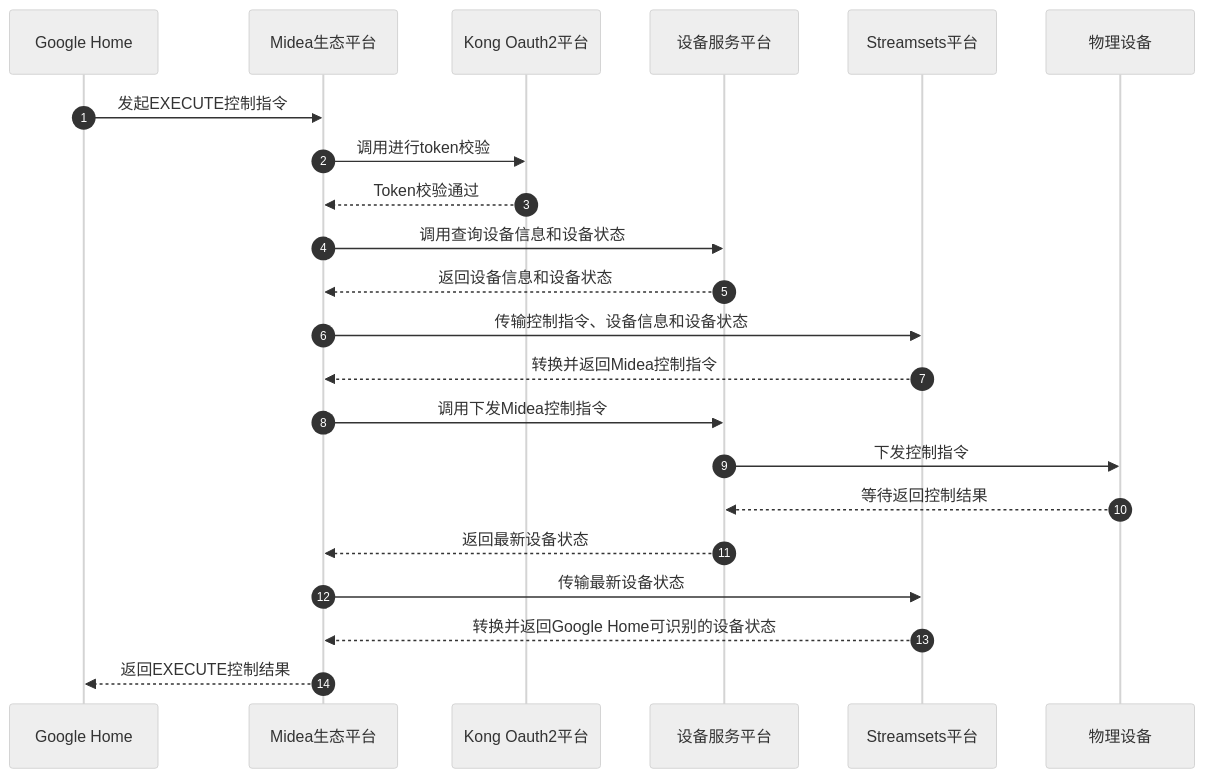
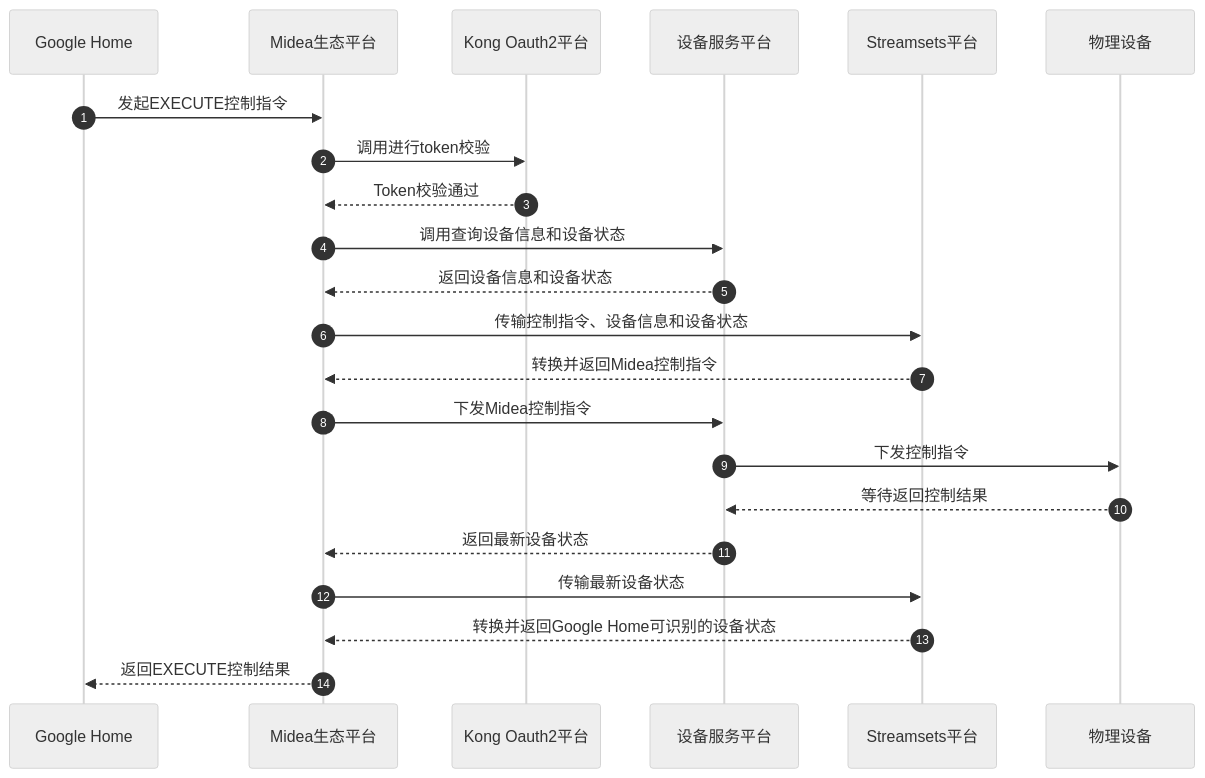
One commit to ixiaoyang8/iodraw-files changed the diagram in all/google home调用链路.md. Above: the diagram before and after it, drawn with Mermaid (neutral theme).

Commit message:
2026-06-11 11:40:10 update

````diff
--- a/all/google home调用链路.md
+++ b/all/google home调用链路.md
@@ -1,27 +1,27 @@
 ```mermaid
 sequenceDiagram
     autonumber
     participant GoogleHome as Google Home
     participant MideaEco as Midea生态平台
     participant KongOAuth as Kong Oauth2平台
     participant DevService as 设备服务平台
     participant Streamsets as Streamsets平台
     participant Device as 物理设备
     
 
     GoogleHome->>MideaEco: 发起EXECUTE控制指令
     MideaEco->>KongOAuth: 调用进行token校验
     KongOAuth-->>MideaEco: Token校验通过
     MideaEco->>DevService: 调用查询设备信息和设备状态
     DevService-->>MideaEco: 返回设备信息和设备状态
     MideaEco->>Streamsets: 传输控制指令、设备信息和设备状态
     Streamsets-->>MideaEco: 转换并返回Midea控制指令
-    MideaEco->>DevService: 调用下发Midea控制指令
+    MideaEco->>DevService: 下发Midea控制指令
     DevService->>Device: 下发控制指令
     Device-->>DevService: 等待返回控制结果
     DevService-->>MideaEco: 返回最新设备状态
     MideaEco->>Streamsets: 传输最新设备状态
     Streamsets-->>MideaEco: 转换并返回Google Home可识别的设备状态
     MideaEco-->>GoogleHome: 返回EXECUTE控制结果
 
 ```
````
